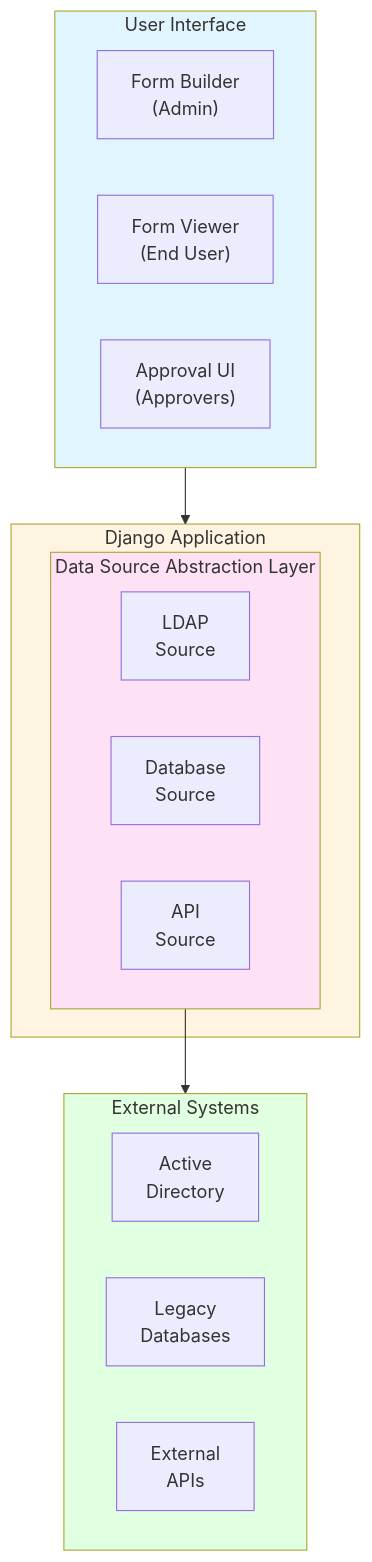
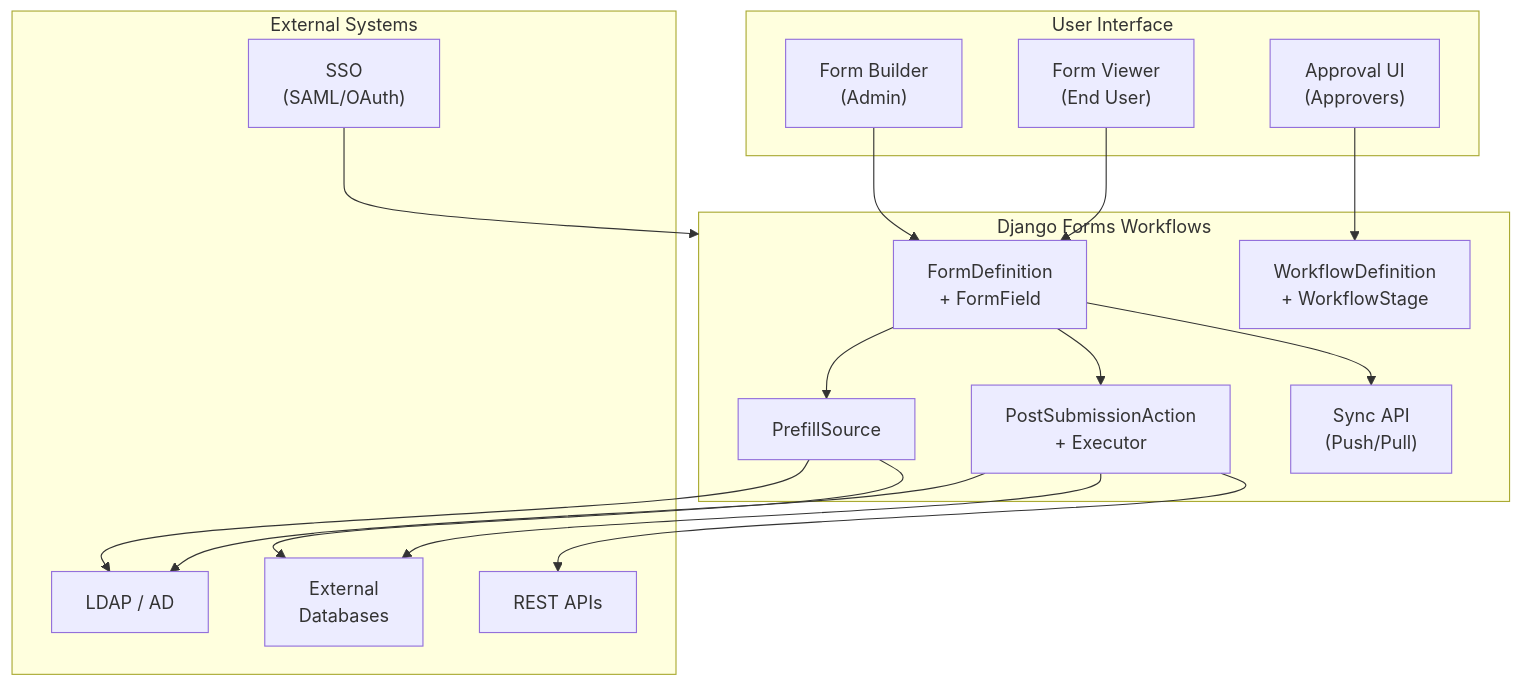
Before and after one commit to opensensor/django-forms-workflows: the diagram in README.md, drawn with Mermaid. The commit also changed other lines of this file and 14 other files, not shown here.

````diff
--- a/README.md
+++ b/README.md
@@ -183,30 +180,36 @@
 ```mermaid
 graph TB
     subgraph UI["User Interface"]
         FB["Form Builder<br/>(Admin)"]
         FV["Form Viewer<br/>(End User)"]
         AU["Approval UI<br/>(Approvers)"]
     end
 
-    subgraph Django["Django Application"]
-        subgraph DSL["Data Source Abstraction Layer"]
-            LDAP["LDAP<br/>Source"]
-            DB["Database<br/>Source"]
-            API["API<br/>Source"]
-        end
+    subgraph Core["Django Forms Workflows"]
+        FD["FormDefinition<br/>+ FormField"]
+        WF["WorkflowDefinition<br/>+ WorkflowStage"]
+        PS["PrefillSource"]
+        PA["PostSubmissionAction<br/>+ Executor"]
+        SYNC["Sync API<br/>(Push/Pull)"]
     end
 
     subgraph External["External Systems"]
-        AD["Active<br/>Directory"]
-        Legacy["Legacy<br/>Databases"]
-        ExtAPI["External<br/>APIs"]
+        AD["LDAP / AD"]
+        DB["External<br/>Databases"]
+        API["REST APIs"]
+        SSO["SSO<br/>(SAML/OAuth)"]
     end
 
-    UI --> Django
-    DSL --> External
-
-    style UI fill:#e1f5ff
-    style Django fill:#fff4e1
-    style DSL fill:#ffe1f5
-    style External fill:#e1ffe1
+    FB --> FD
+    FV --> FD
+    AU --> WF
+    FD --> PS
+    FD --> PA
+    FD --> SYNC
+    PS --> AD
+    PS --> DB
+    PA --> DB
+    PA --> AD
+    PA --> API
+    SSO --> Core
 ```
````
